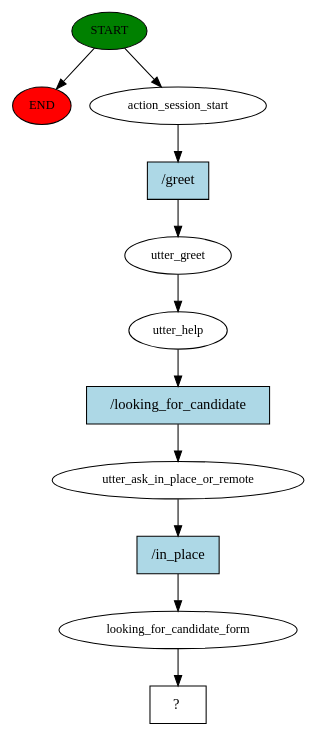
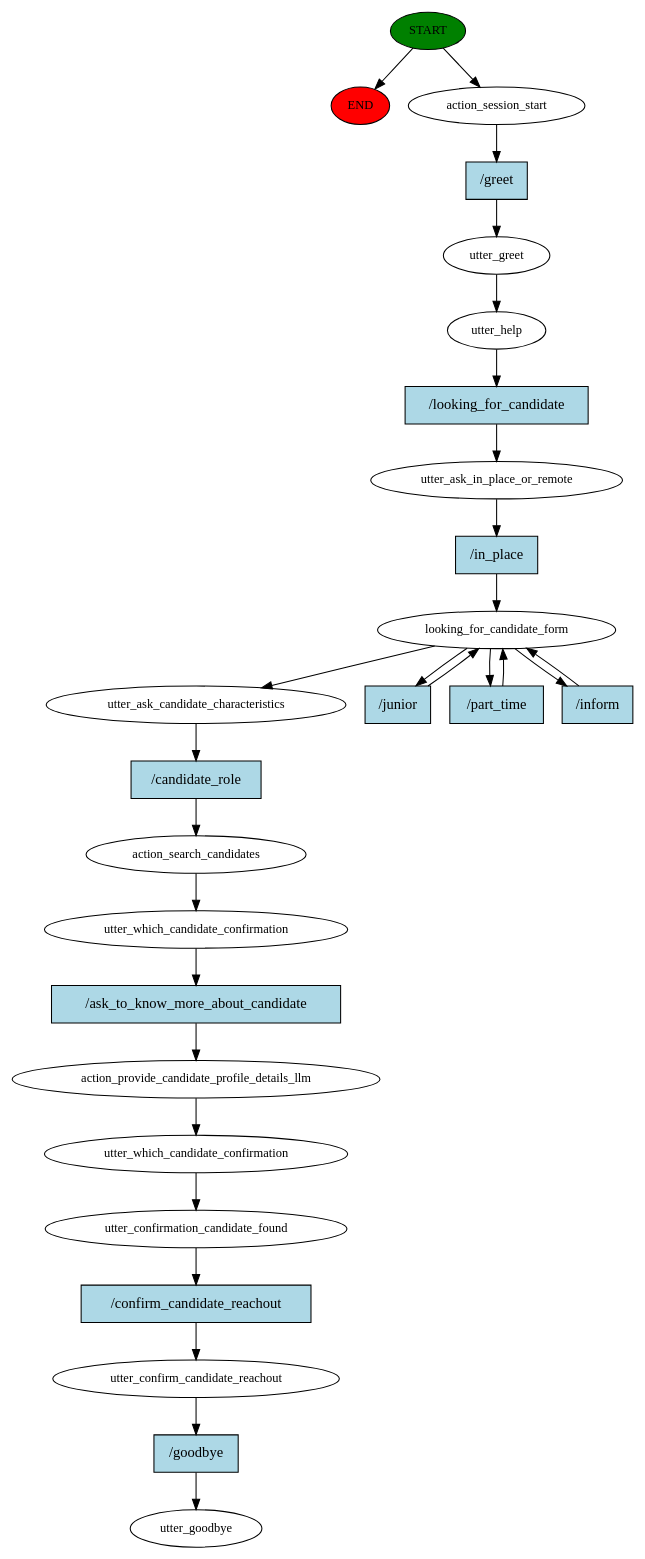
One commit to r1cc4r2o/Jobify changed the diagram in src/story_graph.dot. Above: the diagram before and after it, drawn with Graphviz. The commit also changed 1 other file, not shown here.

```diff
--- a/src/story_graph.dot
+++ b/src/story_graph.dot
@@ -1,23 +1,54 @@
 digraph  {
 0 [class="start active", fillcolor=green, fontsize=12, label=START, style=filled];
 "-1" [class=end, fillcolor=red, fontsize=12, label=END, style=filled];
 1 [class=active, fontsize=12, label=action_session_start];
 2 [class=active, fontsize=12, label=utter_greet];
 3 [class=active, fontsize=12, label=utter_help];
 4 [class=active, fontsize=12, label=utter_ask_in_place_or_remote];
 5 [class=active, fontsize=12, label=looking_for_candidate_form];
-6 [class="intent dashed active", label="  ?  ", shape=rect];
-7 [class="intent active", fillcolor=lightblue, label="/greet", shape=rect, style=filled];
-8 [class="intent active", fillcolor=lightblue, label="/looking_for_candidate", shape=rect, style=filled];
-9 [class="intent active", fillcolor=lightblue, label="/in_place", shape=rect, style=filled];
+9 [class=active, fontsize=12, label=utter_ask_candidate_characteristics];
+10 [class=active, fontsize=12, label=action_search_candidates];
+11 [class=active, fontsize=12, label=utter_which_candidate_confirmation];
+12 [class=active, fontsize=12, label=action_provide_candidate_profile_details_llm];
+13 [class=active, fontsize=12, label=utter_which_candidate_confirmation];
+14 [class=active, fontsize=12, label=utter_confirmation_candidate_found];
+15 [class=active, fontsize=12, label=utter_confirm_candidate_reachout];
+16 [class="dashed active", fontsize=12, label=utter_goodbye];
+17 [class="intent active", fillcolor=lightblue, label="/greet", shape=rect, style=filled];
+18 [class="intent active", fillcolor=lightblue, label="/looking_for_candidate", shape=rect, style=filled];
+19 [class="intent active", fillcolor=lightblue, label="/in_place", shape=rect, style=filled];
+20 [class="intent active", fillcolor=lightblue, label="/junior", shape=rect, style=filled];
+21 [class="intent active", fillcolor=lightblue, label="/part_time", shape=rect, style=filled];
+22 [class="intent active", fillcolor=lightblue, label="/inform", shape=rect, style=filled];
+23 [class="intent active", fillcolor=lightblue, label="/candidate_role", shape=rect, style=filled];
+24 [class="intent active", fillcolor=lightblue, label="/ask_to_know_more_about_candidate", shape=rect, style=filled];
+25 [class="intent active", fillcolor=lightblue, label="/confirm_candidate_reachout", shape=rect, style=filled];
+26 [class="intent active", fillcolor=lightblue, label="/goodbye", shape=rect, style=filled];
 0 -> "-1"  [class="", key=NONE, label=""];
 0 -> 1  [class=active, key=NONE, label=""];
-1 -> 7  [class=active, key=0];
+1 -> 17  [class=active, key=0];
 2 -> 3  [class=active, key=NONE, label=""];
-3 -> 8  [class=active, key=0];
-4 -> 9  [class=active, key=0];
-5 -> 6  [class=active, key=NONE, label=""];
-7 -> 2  [class=active, key=0];
-8 -> 4  [class=active, key=0];
-9 -> 5  [class=active, key=0];
+3 -> 18  [class=active, key=0];
+4 -> 19  [class=active, key=0];
+5 -> 9  [class=active, key=NONE, label=""];
+5 -> 20  [class=active, key=0];
+5 -> 21  [class=active, key=0];
+5 -> 22  [class=active, key=0];
+9 -> 23  [class=active, key=0];
+10 -> 11  [class=active, key=NONE, label=""];
+11 -> 24  [class=active, key=0];
+12 -> 13  [class=active, key=NONE, label=""];
+13 -> 14  [class=active, key=NONE, label=""];
+14 -> 25  [class=active, key=0];
+15 -> 26  [class=active, key=0];
+17 -> 2  [class=active, key=0];
+18 -> 4  [class=active, key=0];
+19 -> 5  [class=active, key=0];
+20 -> 5  [class=active, key=0];
+21 -> 5  [class=active, key=0];
+22 -> 5  [class=active, key=0];
+23 -> 10  [class=active, key=0];
+24 -> 12  [class=active, key=0];
+25 -> 15  [class=active, key=0];
+26 -> 16  [class=active, key=0];
 }
```
